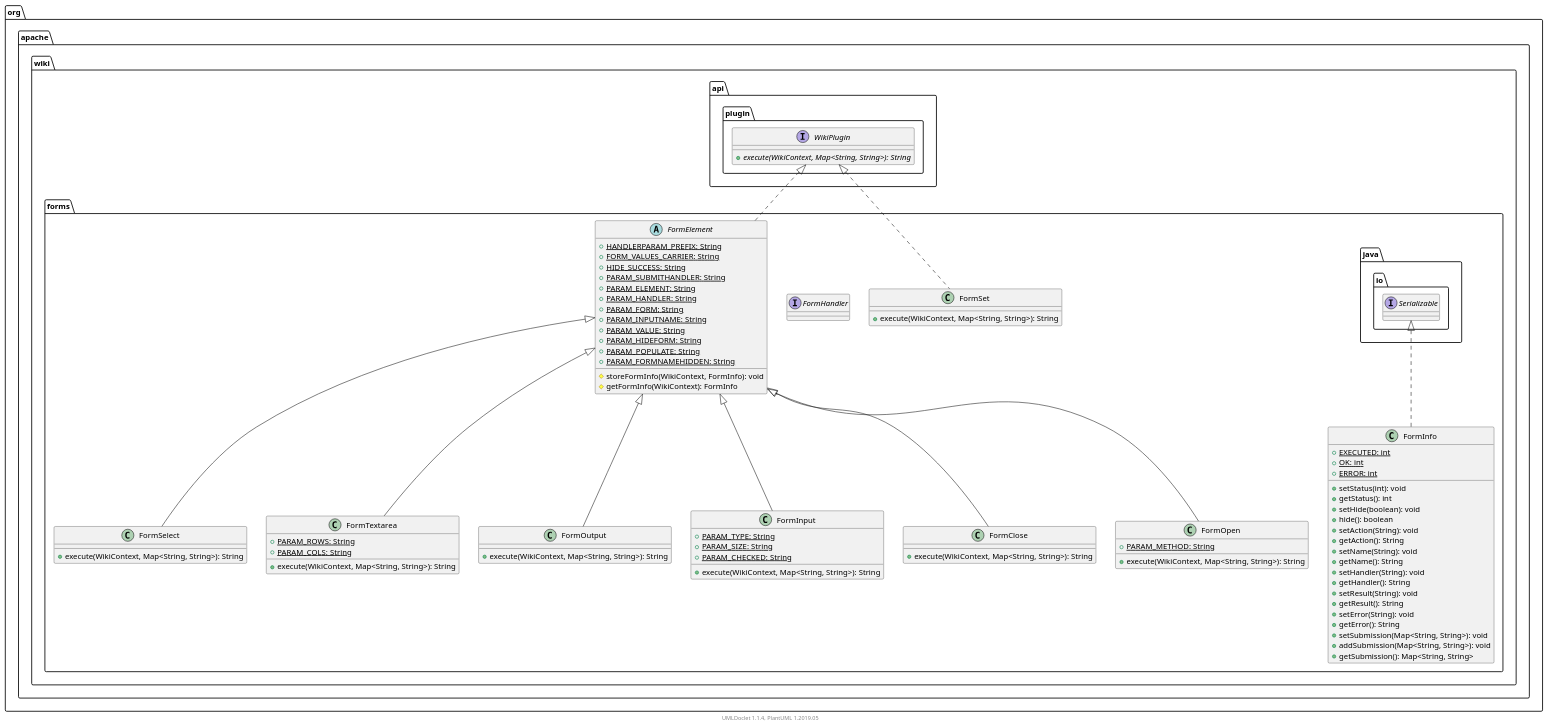
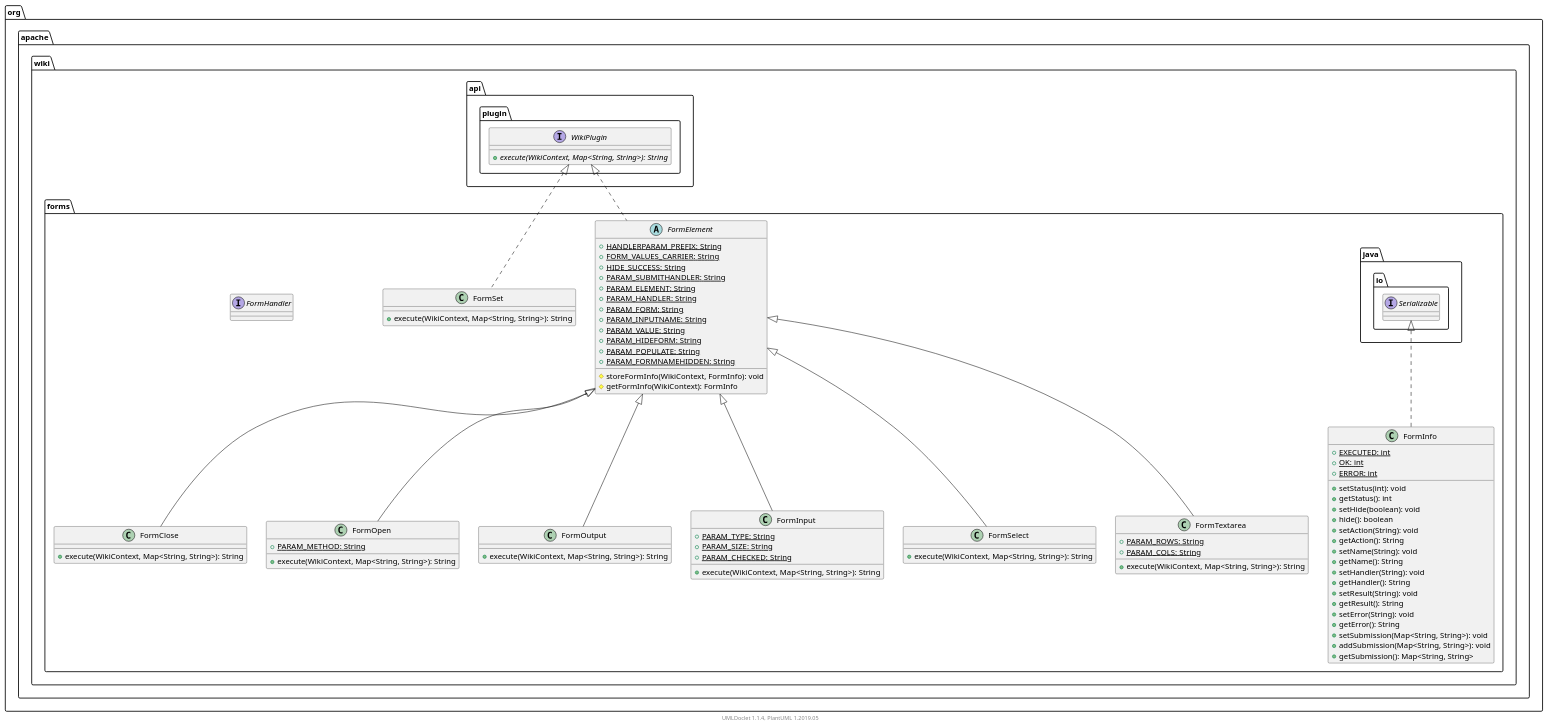
One commit to apache/jspwiki-site changed the diagram in apidocs/2.11.0.M7-SNAPSHOT/org/apache/wiki/forms/package.puml. Above: the diagram before and after it, drawn with PlantUML. The commit also changed other lines of this file and 1163 other files, not shown here.

```diff
--- a/apidocs/2.11.0.M7-SNAPSHOT/org/apache/wiki/forms/package.puml
+++ b/apidocs/2.11.0.M7-SNAPSHOT/org/apache/wiki/forms/package.puml
@@ -1,108 +1,108 @@
 @startuml
 
     namespace org.apache.wiki.forms {
-
-        class FormSet [[FormSet.html]] {
-            +execute(WikiContext, Map<String, String>): String
-        }
-
-        class FormSelect [[FormSelect.html]] {
-            +execute(WikiContext, Map<String, String>): String
-        }
-
-        class FormTextarea [[FormTextarea.html]] {
-            {static} +PARAM_ROWS: String
-            {static} +PARAM_COLS: String
-            +execute(WikiContext, Map<String, String>): String
-        }
-
-        class FormOutput [[FormOutput.html]] {
-            +execute(WikiContext, Map<String, String>): String
-        }
-
-        class FormInput [[FormInput.html]] {
-            {static} +PARAM_TYPE: String
-            {static} +PARAM_SIZE: String
-            {static} +PARAM_CHECKED: String
-            +execute(WikiContext, Map<String, String>): String
-        }
-
-        class FormClose [[FormClose.html]] {
-            +execute(WikiContext, Map<String, String>): String
-        }
-
-        interface FormHandler [[FormHandler.html]] {
-        }
-
-        abstract class FormElement [[FormElement.html]] {
-            {static} +HANDLERPARAM_PREFIX: String
-            {static} +FORM_VALUES_CARRIER: String
-            {static} +HIDE_SUCCESS: String
-            {static} +PARAM_SUBMITHANDLER: String
-            {static} +PARAM_ELEMENT: String
-            {static} +PARAM_HANDLER: String
-            {static} +PARAM_FORM: String
-            {static} +PARAM_INPUTNAME: String
-            {static} +PARAM_VALUE: String
-            {static} +PARAM_HIDEFORM: String
-            {static} +PARAM_POPULATE: String
-            {static} +PARAM_FORMNAMEHIDDEN: String
-            #storeFormInfo(WikiContext, FormInfo): void
-            #getFormInfo(WikiContext): FormInfo
-        }
 
         class FormInfo [[FormInfo.html]] {
             {static} +EXECUTED: int
             {static} +OK: int
             {static} +ERROR: int
             +setStatus(int): void
             +getStatus(): int
             +setHide(boolean): void
             +hide(): boolean
             +setAction(String): void
             +getAction(): String
             +setName(String): void
             +getName(): String
             +setHandler(String): void
             +getHandler(): String
             +setResult(String): void
             +getResult(): String
             +setError(String): void
             +getError(): String
             +setSubmission(Map<String, String>): void
             +addSubmission(Map<String, String>): void
             +getSubmission(): Map<String, String>
         }
 
+        class FormClose [[FormClose.html]] {
+            +execute(WikiContext, Map<String, String>): String
+        }
+
         class FormOpen [[FormOpen.html]] {
             {static} +PARAM_METHOD: String
             +execute(WikiContext, Map<String, String>): String
         }
 
+        abstract class FormElement [[FormElement.html]] {
+            {static} +HANDLERPARAM_PREFIX: String
+            {static} +FORM_VALUES_CARRIER: String
+            {static} +HIDE_SUCCESS: String
+            {static} +PARAM_SUBMITHANDLER: String
+            {static} +PARAM_ELEMENT: String
+            {static} +PARAM_HANDLER: String
+            {static} +PARAM_FORM: String
+            {static} +PARAM_INPUTNAME: String
+            {static} +PARAM_VALUE: String
+            {static} +PARAM_HIDEFORM: String
+            {static} +PARAM_POPULATE: String
+            {static} +PARAM_FORMNAMEHIDDEN: String
+            #storeFormInfo(WikiContext, FormInfo): void
+            #getFormInfo(WikiContext): FormInfo
+        }
+
+        class FormOutput [[FormOutput.html]] {
+            +execute(WikiContext, Map<String, String>): String
+        }
+
+        class FormSet [[FormSet.html]] {
+            +execute(WikiContext, Map<String, String>): String
+        }
+
+        class FormInput [[FormInput.html]] {
+            {static} +PARAM_TYPE: String
+            {static} +PARAM_SIZE: String
+            {static} +PARAM_CHECKED: String
+            +execute(WikiContext, Map<String, String>): String
+        }
+
+        interface FormHandler [[FormHandler.html]] {
+        }
+
+        class FormSelect [[FormSelect.html]] {
+            +execute(WikiContext, Map<String, String>): String
+        }
+
+        class FormTextarea [[FormTextarea.html]] {
+            {static} +PARAM_ROWS: String
+            {static} +PARAM_COLS: String
+            +execute(WikiContext, Map<String, String>): String
+        }
+
+        interface java.io.Serializable
+        java.io.Serializable <|.. FormInfo
+
+        FormElement <|-- FormClose
+
+        FormElement <|-- FormOpen
+
         interface org.apache.wiki.api.plugin.WikiPlugin {
             {abstract} +execute(WikiContext, Map<String, String>): String
         }
+        org.apache.wiki.api.plugin.WikiPlugin <|.. FormElement
+
+        FormElement <|-- FormOutput
+
         org.apache.wiki.api.plugin.WikiPlugin <|.. FormSet
+
+        FormElement <|-- FormInput
 
         FormElement <|-- FormSelect
 
         FormElement <|-- FormTextarea
-
-        FormElement <|-- FormOutput
-
-        FormElement <|-- FormInput
-
-        FormElement <|-- FormClose
-
-        org.apache.wiki.api.plugin.WikiPlugin <|.. FormElement
-
-        interface java.io.Serializable
-        java.io.Serializable <|.. FormInfo
-
-        FormElement <|-- FormOpen
 
     }
 
 
     center footer UMLDoclet 1.1.4, PlantUML 1.2019.05
 @enduml
```
